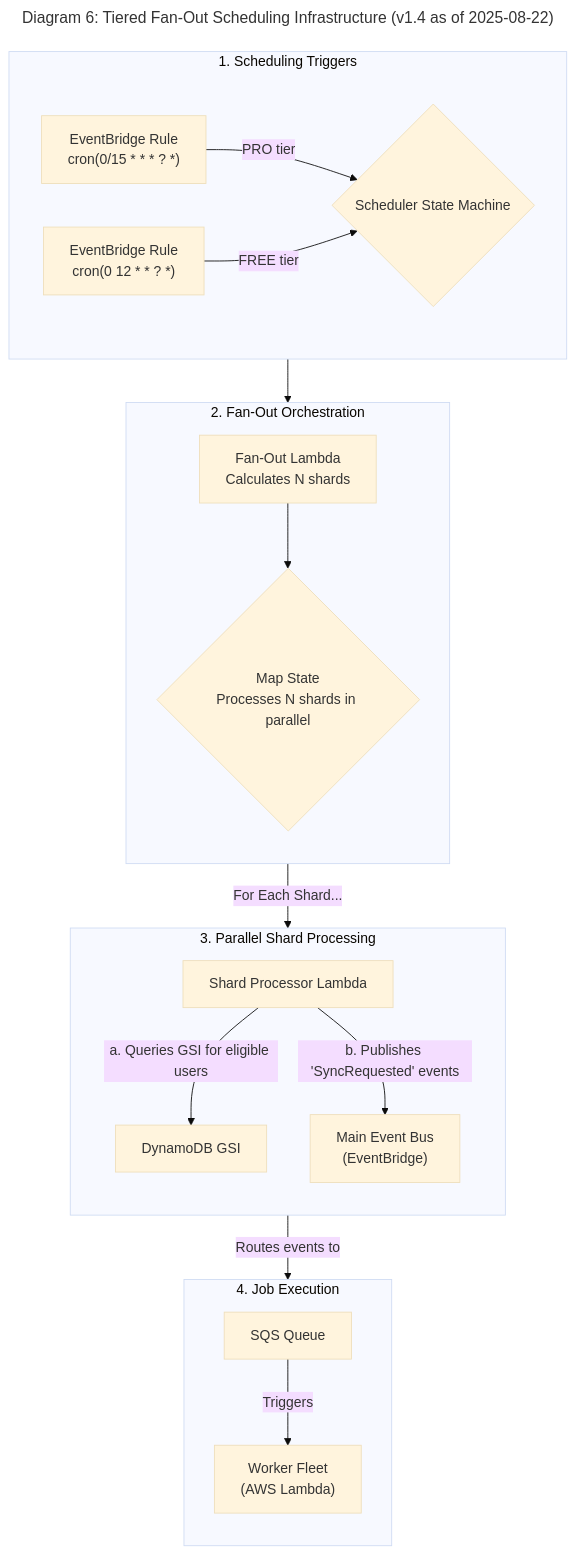
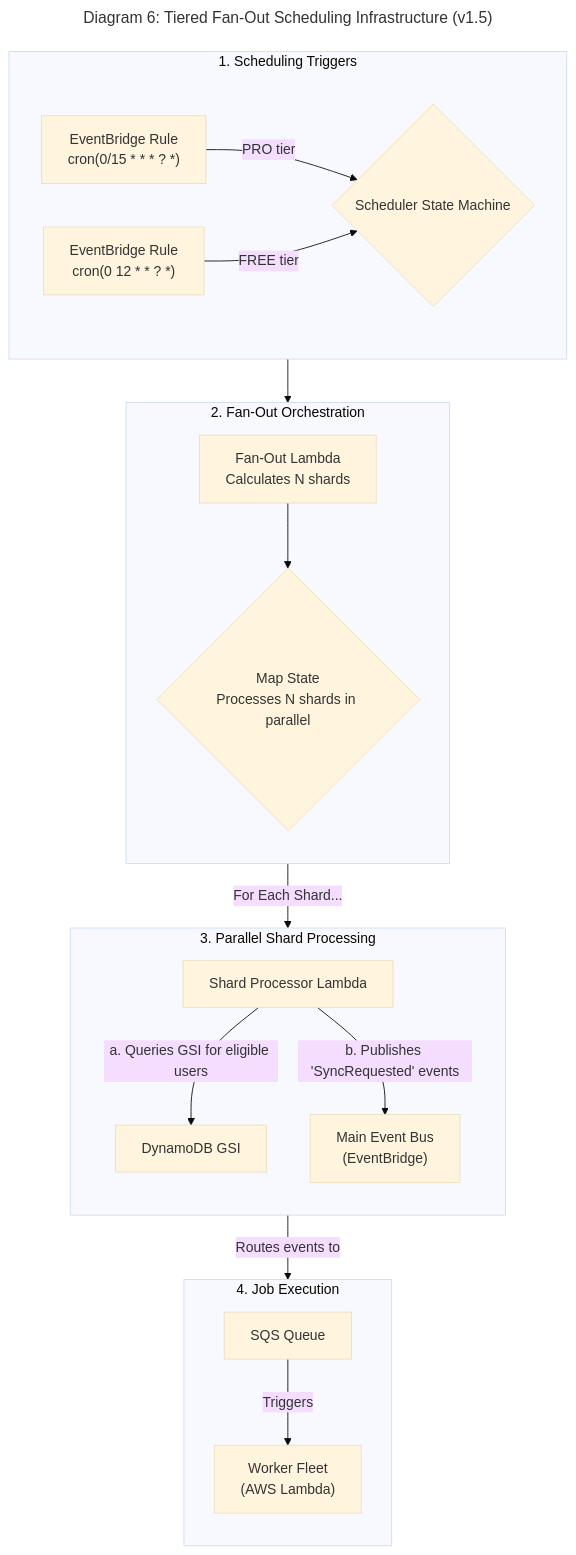
Before and after one commit to dino10bit/healthsync: diagram 13 of 15 in docs/architecture/06-technical-architecture.md, drawn with Mermaid (base theme). The commit also changed other lines of this file, not shown here.

Commit message:
Decouple and refine architecture diagrams for clarity

````diff
--- a/docs/architecture/06-technical-architecture.md
+++ b/docs/architecture/06-technical-architecture.md
@@ -1295,30 +1313,30 @@
 ```mermaid
 ---
-title: "Diagram 6: Tiered Fan-Out Scheduling Infrastructure (v1.4 as of 2025-08-22)"
+title: "Diagram 6: Tiered Fan-Out Scheduling Infrastructure (v1.5)"
 ---
 graph TB
     subgraph "1. Scheduling Triggers"
         direction LR
         A["EventBridge Rule<br>cron(0/15 * * * ? *)"] -- "PRO tier" --> B{"Scheduler State Machine"};
         A2["EventBridge Rule<br>cron(0 12 * * ? *)"] -- "FREE tier" --> B;
     end
 
     subgraph "2. Fan-Out Orchestration"
         direction TB
         B --> C[Fan-Out Lambda<br>Calculates N shards];
         C --> D{Map State<br>Processes N shards in parallel};
     end
 
     subgraph "3. Parallel Shard Processing"
         direction TB
         D -- "For Each Shard..." --> E1[Shard Processor Lambda];
         E1 -- "a. Queries GSI for eligible users" --> DynamoDB[DynamoDB GSI];
         E1 -- "b. Publishes 'SyncRequested' events" --> F["Main Event Bus<br>(EventBridge)"];
     end
 
     subgraph "4. Job Execution"
         direction TB
         F -- "Routes events to" --> G[SQS Queue];
         G -- "Triggers" --> H["Worker Fleet<br>(AWS Lambda)"];
     end
 ```
````
